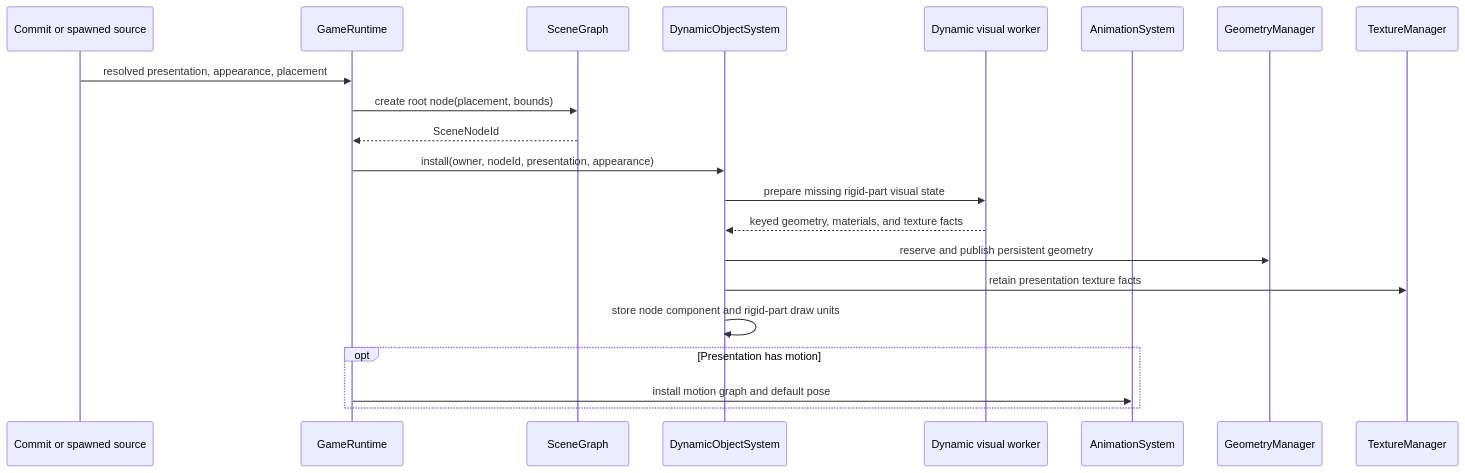
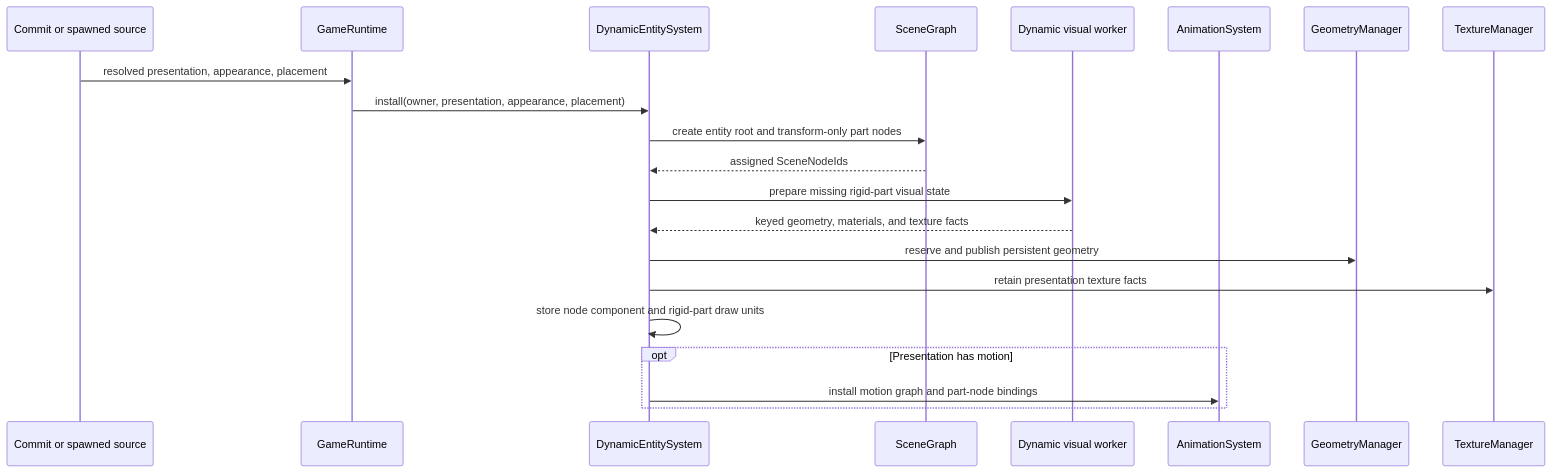
One commit to merklejerk/holtburger changed the second of 8 diagrams in docs/plans/holtburger-3d-render-systems-ecs-pivot-scoping.md. Above: the diagram before and after it, drawn with Mermaid. The commit also changed other lines of this file, not shown here.

````diff
--- a/docs/plans/holtburger-3d-render-systems-ecs-pivot-scoping.md
+++ b/docs/plans/holtburger-3d-render-systems-ecs-pivot-scoping.md
@@ -248,24 +625,24 @@
 ```mermaid
 sequenceDiagram
     participant Source as Commit or spawned source
     participant Runtime as GameRuntime
+    participant Dynamic as DynamicEntitySystem
     participant Scene as SceneGraph
-    participant Dynamic as DynamicObjectSystem
     participant Prepper as Dynamic visual worker
     participant Animation as AnimationSystem
     participant Geometry as GeometryManager
     participant Textures as TextureManager
 
     Source->>Runtime: resolved presentation, appearance, placement
-    Runtime->>Scene: create root node(placement, bounds)
-    Scene-->>Runtime: SceneNodeId
-    Runtime->>Dynamic: install(owner, nodeId, presentation, appearance)
+    Runtime->>Dynamic: install(owner, presentation, appearance, placement)
+    Dynamic->>Scene: create entity root and transform-only part nodes
+    Scene-->>Dynamic: assigned SceneNodeIds
     Dynamic->>Prepper: prepare missing rigid-part visual state
     Prepper-->>Dynamic: keyed geometry, materials, and texture facts
     Dynamic->>Geometry: reserve and publish persistent geometry
     Dynamic->>Textures: retain presentation texture facts
     Dynamic->>Dynamic: store node component and rigid-part draw units
     opt Presentation has motion
-        Runtime->>Animation: install motion graph and default pose
+        Dynamic->>Animation: install motion graph and part-node bindings
     end
 ```
````
